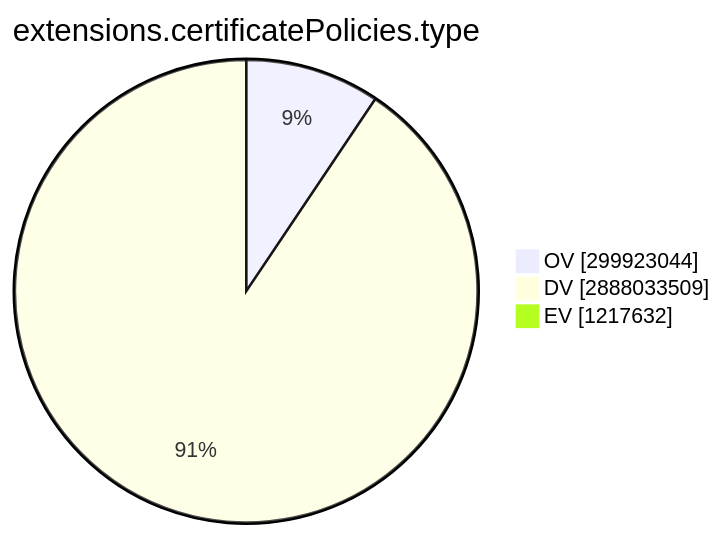
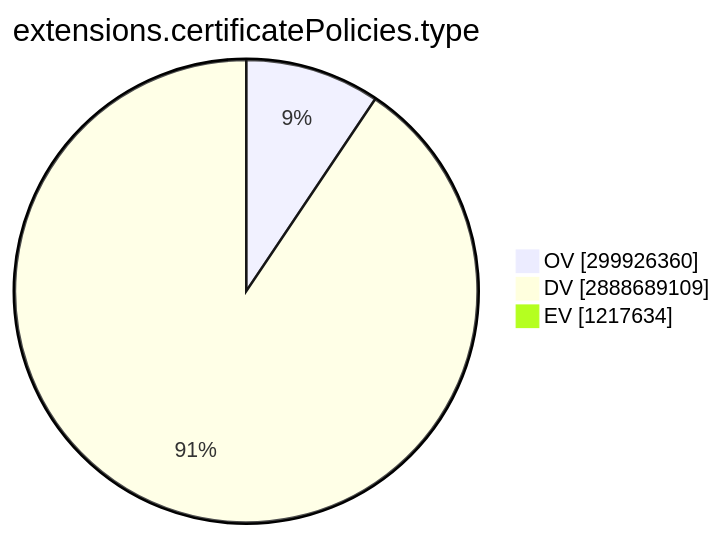
The ninth of 15 diagrams in TOTAL/README.md (christiankrug/ctmonitor_visualization), drawn with Mermaid before and after one commit. The commit also changed other lines of this file, not shown here.

````diff
--- a/TOTAL/README.md
+++ b/TOTAL/README.md
@@ -3101,7 +3101,7 @@
 ```mermaid
 pie showData
 title extensions.certificatePolicies.type
-"OV" :299923044
-"DV" :2888033509
-"EV" :1217632
+"OV" :299926360
+"DV" :2888689109
+"EV" :1217634
 ```
````
